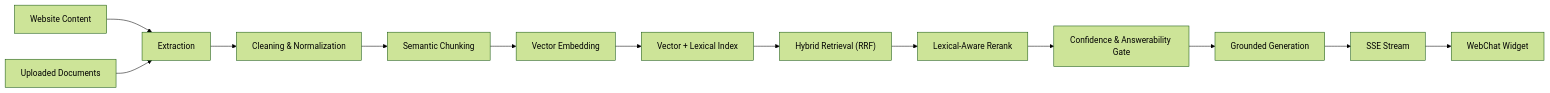
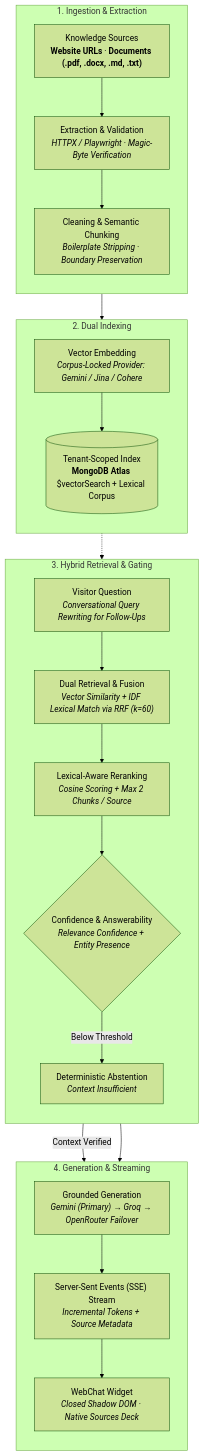
The first of 2 diagrams in README.md (riturajlabs/webchat-AI), drawn with Mermaid (forest theme) before and after one commit. The commit also changed other lines of this file and 4 other files, not shown here.

````diff
--- a/README.md
+++ b/README.md
@@ -177,15 +287,42 @@
 ```mermaid
-flowchart LR
-    WEB["Website Content"] --> EXT["Extraction"]
-    FILES["Uploaded Documents"] --> EXT
-    EXT --> CLEAN["Cleaning & Normalization"]
-    CLEAN --> CHUNK["Semantic Chunking"]
-    CHUNK --> EMBED["Vector Embedding"]
-    EMBED --> INDEX["Vector + Lexical Index"]
-    INDEX --> RAG["Hybrid Retrieval (RRF)"]
-    RAG --> RERANK["Lexical-Aware Rerank"]
-    RERANK --> GATE["Confidence & Answerability Gate"]
-    GATE --> GEN["Grounded Generation"]
-    GEN --> STREAM["SSE Stream"]
-    STREAM --> WIDGET["WebChat Widget"]
+flowchart TB
+    subgraph S1["1. Ingestion & Extraction"]
+        direction TB
+        SRC["Knowledge Sources<br/><b>Website URLs</b> · <b>Documents (.pdf, .docx, .md, .txt)</b>"]
+        EXT["Extraction & Validation<br/><i>HTTPX / Playwright · Magic-Byte Verification</i>"]
+        CLEAN["Cleaning & Semantic Chunking<br/><i>Boilerplate Stripping · Boundary Preservation</i>"]
+        SRC --> EXT --> CLEAN
+    end
+
+    subgraph S2["2. Dual Indexing"]
+        direction TB
+        EMBED["Vector Embedding<br/><i>Corpus-Locked Provider: Gemini / Jina / Cohere</i>"]
+        INDEX[("Tenant-Scoped Index<br/><b>MongoDB Atlas</b> $vectorSearch + Lexical Corpus")]
+        EMBED --> INDEX
+    end
+
+    subgraph S3["3. Hybrid Retrieval & Gating"]
+        direction TB
+        QUERY["Visitor Question<br/><i>Conversational Query Rewriting for Follow-Ups</i>"]
+        DUAL["Dual Retrieval & Fusion<br/><i>Vector Similarity + IDF Lexical Match via RRF (k=60)</i>"]
+        RERANK["Lexical-Aware Reranking<br/><i>Cosine Scoring + Max 2 Chunks / Source</i>"]
+        GATE{"Confidence & Answerability<br/><i>Relevance Confidence + Entity Presence</i>"}
+        ABSTAIN["Deterministic Abstention<br/><i>Context Insufficient</i>"]
+
+        QUERY --> DUAL --> RERANK --> GATE
+        GATE -- "Below Threshold" --> ABSTAIN
+    end
+
+    subgraph S4["4. Generation & Streaming"]
+        direction TB
+        LLM["Grounded Generation<br/><i>Gemini (Primary) → Groq → OpenRouter Failover</i>"]
+        SSE["Server-Sent Events (SSE) Stream<br/><i>Incremental Tokens + Source Metadata</i>"]
+        WIDGET["WebChat Widget<br/><i>Closed Shadow DOM · Native Sources Deck</i>"]
+
+        GATE -- "Context Verified" --> LLM --> SSE --> WIDGET
+        ABSTAIN --> SSE
+    end
+
+    CLEAN --> EMBED
+    INDEX -.-> DUAL
 ```
````
